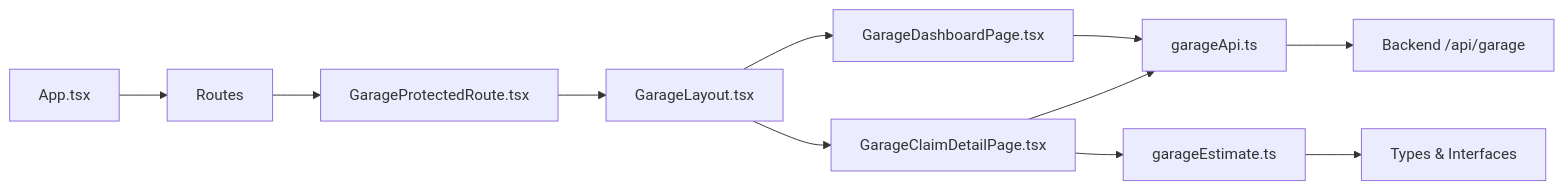
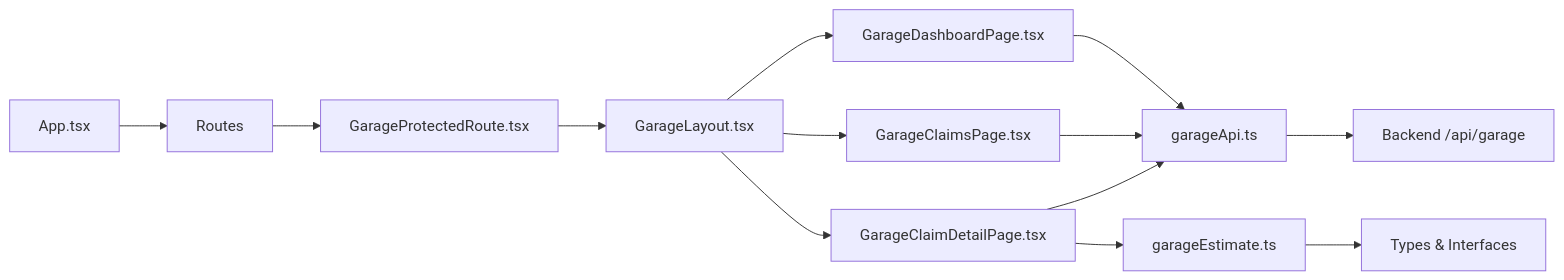
Before and after one commit to NaveenHiranya/Smart-Vehicle-Insurance-Claim-System: the tenth of 10 diagrams in .qoder/repowiki/en/content/Frontend Documentation/Garage Frontend Interface.md, drawn with Mermaid. The commit also changed other lines of this file and 38 other files, not shown here.

````diff
--- a/.qoder/repowiki/en/content/Frontend Documentation/Garage Frontend Interface.md
+++ b/.qoder/repowiki/en/content/Frontend Documentation/Garage Frontend Interface.md
@@ -346,13 +377,15 @@
 ```mermaid
 graph LR
 App["App.tsx"] --> Routes["Routes"]
 Routes --> GP["GarageProtectedRoute.tsx"]
 GP --> GL["GarageLayout.tsx"]
 GL --> GD["GarageDashboardPage.tsx"]
+GL --> GCP["GarageClaimsPage.tsx"]
 GL --> GC["GarageClaimDetailPage.tsx"]
 GC --> GE["garageEstimate.ts"]
 GD --> GA["garageApi.ts"]
+GCP --> GA
 GC --> GA
 GA --> BE["Backend /api/garage"]
 GE --> Types["Types & Interfaces"]
 ```
````
